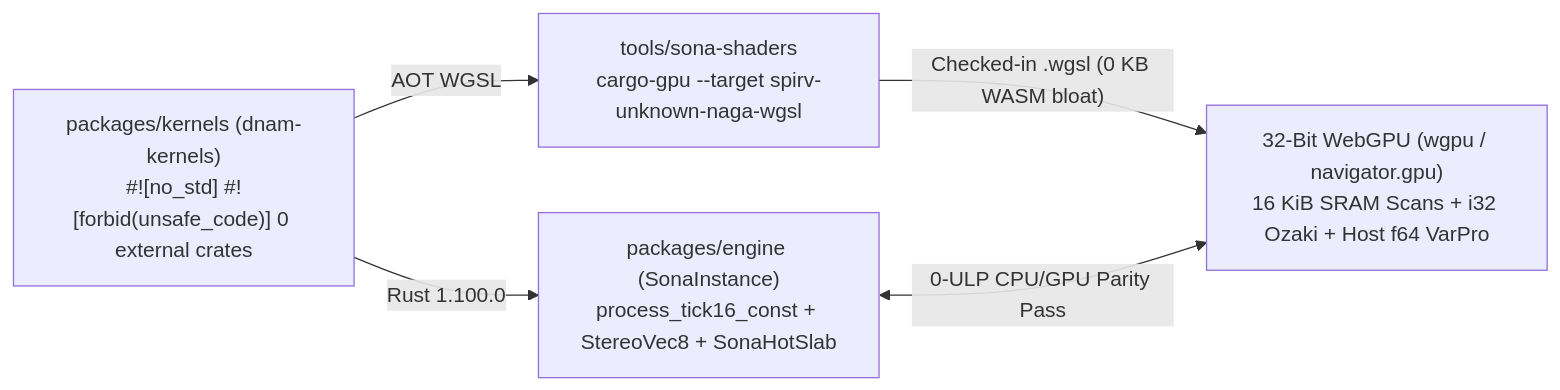
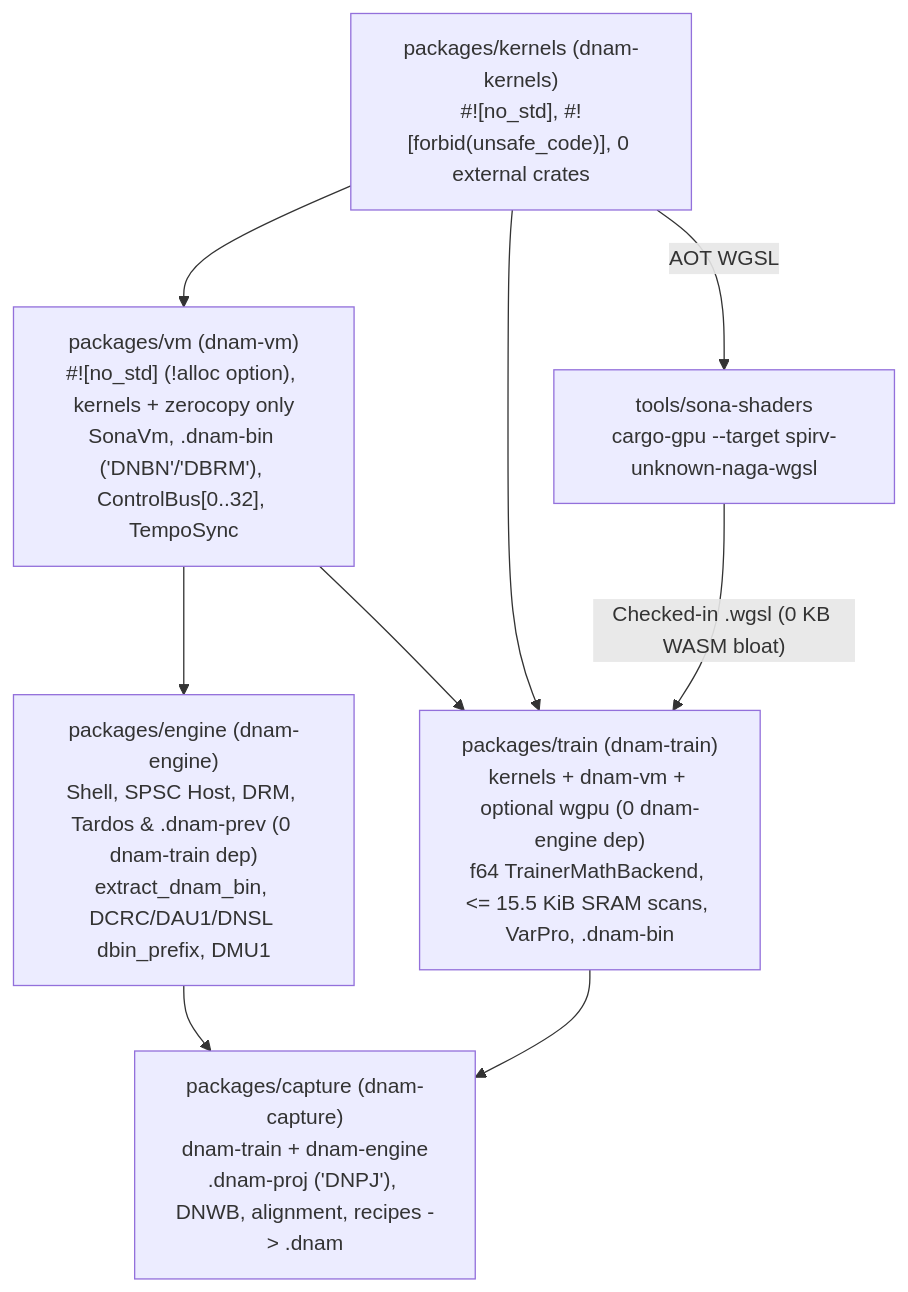
Before and after one commit to mokugen/dnam: the diagram in docs/adr/0022-sona-state-space-operator-and-webgpu-architecture.md, drawn with Mermaid. The commit also changed other lines of this file and 34 other files, not shown here.

Commit message:
docs(sona): lock 5-crate diamond, .dnam-bin VM format & clean-room M5 specs

````diff
--- a/docs/adr/0022-sona-state-space-operator-and-webgpu-architecture.md
+++ b/docs/adr/0022-sona-state-space-operator-and-webgpu-architecture.md
@@ -84,12 +84,18 @@
 ```mermaid
-flowchart LR
-    Kernels["packages/kernels (dnam-kernels)<br/>#![no_std] #![forbid(unsafe_code)] 0 external crates"]
+flowchart TB
+    Kernels["packages/kernels (dnam-kernels)<br/>#![no_std], #![forbid(unsafe_code)], 0 external crates"]
     Shaders["tools/sona-shaders<br/>cargo-gpu --target spirv-unknown-naga-wgsl"]
-    Engine["packages/engine (SonaInstance)<br/>process_tick16_const + StereoVec8 + SonaHotSlab"]
-    GPU["32-Bit WebGPU (wgpu / navigator.gpu)<br/>16 KiB SRAM Scans + i32 Ozaki + Host f64 VarPro"]
+    VM["packages/vm (dnam-vm)<br/>#![no_std] (!alloc option), kernels + zerocopy only<br/>SonaVm, .dnam-bin ('DNBN'/'DBRM'), ControlBus[0..32], TempoSync"]
+    Train["packages/train (dnam-train)<br/>kernels + dnam-vm + optional wgpu (0 dnam-engine dep)<br/>f64 TrainerMathBackend, <= 15.5 KiB SRAM scans, VarPro, .dnam-bin"]
+    Engine["packages/engine (dnam-engine)<br/>Shell, SPSC Host, DRM, Tardos & .dnam-prev (0 dnam-train dep)<br/>extract_dnam_bin, DCRC/DAU1/DNSL dbin_prefix, DMU1"]
+    Capture["packages/capture (dnam-capture)<br/>dnam-train + dnam-engine<br/>.dnam-proj ('DNPJ'), DNWB, alignment, recipes -> .dnam"]
 
-    Kernels -->|"Rust 1.100.0"| Engine
+    Kernels --> VM
+    Kernels --> Train
     Kernels -->|"AOT WGSL"| Shaders
-    Shaders -->|"Checked-in .wgsl (0 KB WASM bloat)"| GPU
-    Engine <-->|"0-ULP CPU/GPU Parity Pass"| GPU
+    VM --> Engine
+    VM --> Train
+    Shaders -->|"Checked-in .wgsl (0 KB WASM bloat)"| Train
+    Engine --> Capture
+    Train --> Capture
 ```
````
